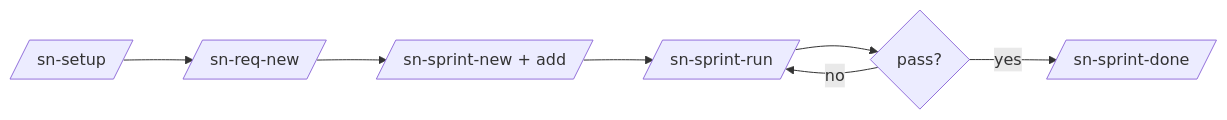
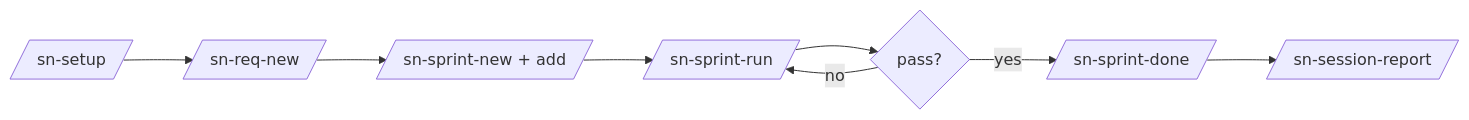
The first of 3 diagrams in WORKFLOW.md (siripol/setup_project_plugin), drawn with Mermaid before and after one commit. The commit also changed other lines of this file and 3 other files, not shown here.

First line of the commit message:
docs(v0.6.0): cross-reference /sn-session-report across remaining md (#10)

````diff
--- a/WORKFLOW.md
+++ b/WORKFLOW.md
@@ -7,9 +7,10 @@
 ```mermaid
 flowchart LR
     A[/sn-setup/] --> B[/sn-req-new/]
     B --> C[/sn-sprint-new + add/]
     C --> D[/sn-sprint-run/]
     D --> E{pass?}
     E -- no --> D
     E -- yes --> F[/sn-sprint-done/]
+    F --> G[/sn-session-report/]
 ```
````
